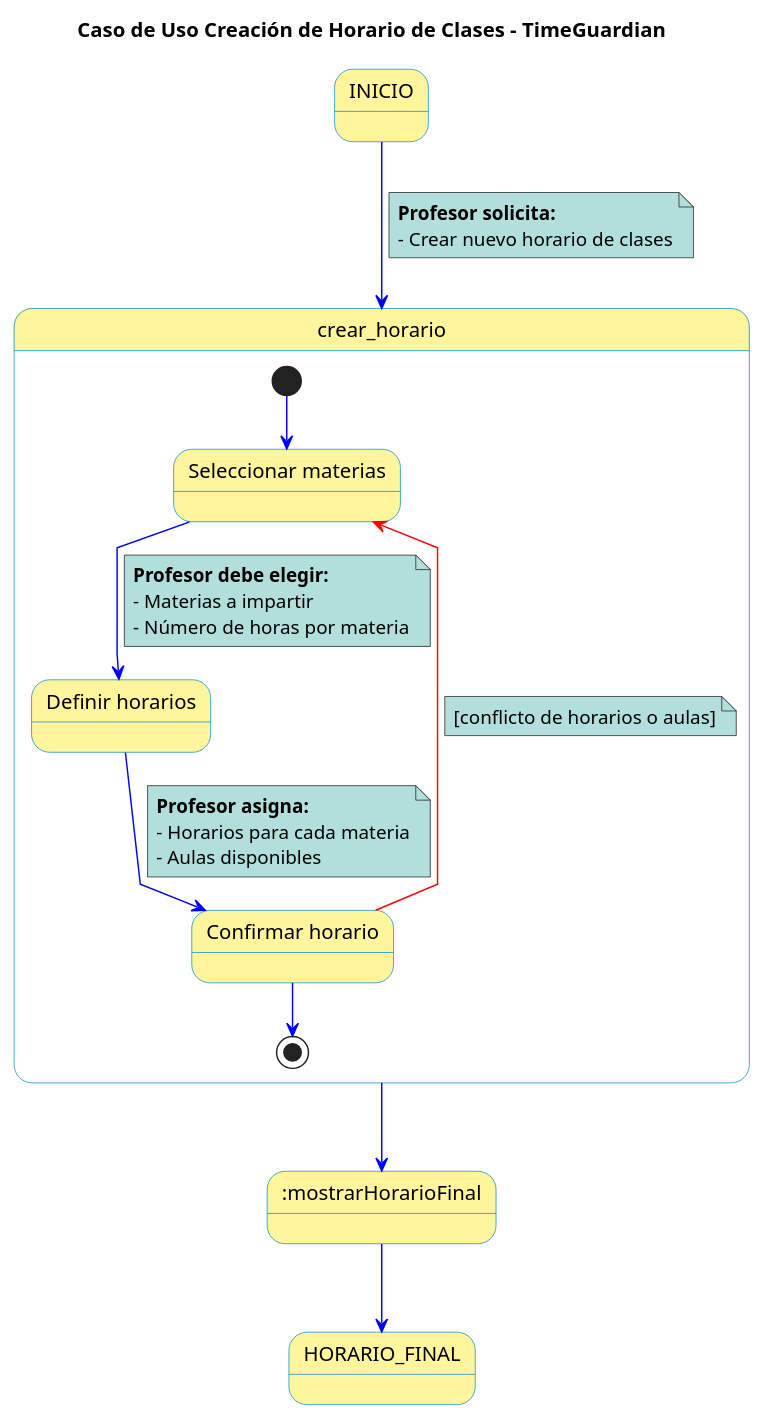
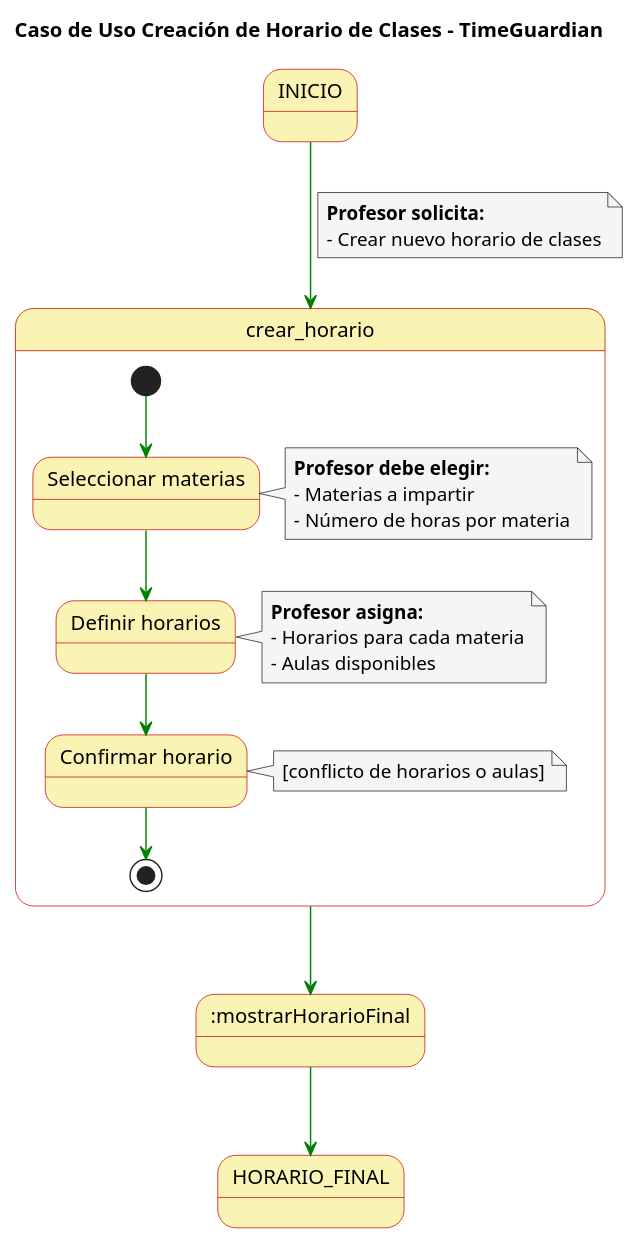
The diagram in Casos de Uso/Detalles Creación de horario de clases.puml (mmasias/23-24-IdSw1-SDR), drawn with PlantUML before and after one commit. The commit also changed 41 other files, not shown here.

```diff
--- a/Casos de Uso/Detalles Creación de horario de clases.puml
+++ b/Casos de Uso/Detalles Creación de horario de clases.puml
@@ -1,51 +1,48 @@
 @startuml
-
 skinparam state {
-  BackgroundColor #fff59d
-  BorderColor #0288d1
+  BackgroundColor #faf4b4
+  BorderColor #c90000
 }
 
 skinparam note {
-  BackgroundColor #b2dfdb
+  BackgroundColor #f5f5f5
 }
 
 skinparam linetype polyline
 
 title Caso de Uso Creación de Horario de Clases - TimeGuardian
 
-INICIO -[#blue]-> crear_horario 
+INICIO -[#green]-> crear_horario
 note on link
   **Profesor solicita:**
   - Crear nuevo horario de clases
 end note
 
 state crear_horario {
-  state "Seleccionar materias" as A
-  state "Definir horarios" as B
-  state "Confirmar horario" as C
+  state "Seleccionar materias" as SeleccionarMaterias
+  state "Definir horarios" as DefinirHorarios
+  state "Confirmar horario" as ConfirmarHorario
   
-  [*] -[#blue]-> A
-  A -[#blue]-> B
-  note on link
-      **Profesor debe elegir:**
-      - Materias a impartir
-      - Número de horas por materia
+  [*] -[#green]-> SeleccionarMaterias
+  note right of SeleccionarMaterias
+    **Profesor debe elegir:**
+    - Materias a impartir
+    - Número de horas por materia
   end note
-  B -[#blue]-> C
-  note on link
+  SeleccionarMaterias -[#green]-> DefinirHorarios
+  note right of DefinirHorarios
     **Profesor asigna:**
     - Horarios para cada materia
     - Aulas disponibles
   end note
-  C -[#red]-> A
-  note on link
+  DefinirHorarios -[#green]-> ConfirmarHorario
+  note right of ConfirmarHorario
     [conflicto de horarios o aulas]
   end note
-  C -[#blue]-> [*]
+  ConfirmarHorario -[#green]-> [*]
 }
 
-crear_horario -[#blue]-> :mostrarHorarioFinal
-
-:mostrarHorarioFinal -[#blue]-> HORARIO_FINAL
+crear_horario -[#green]-> :mostrarHorarioFinal
+:mostrarHorarioFinal -[#green]-> HORARIO_FINAL
 
 @enduml
```
